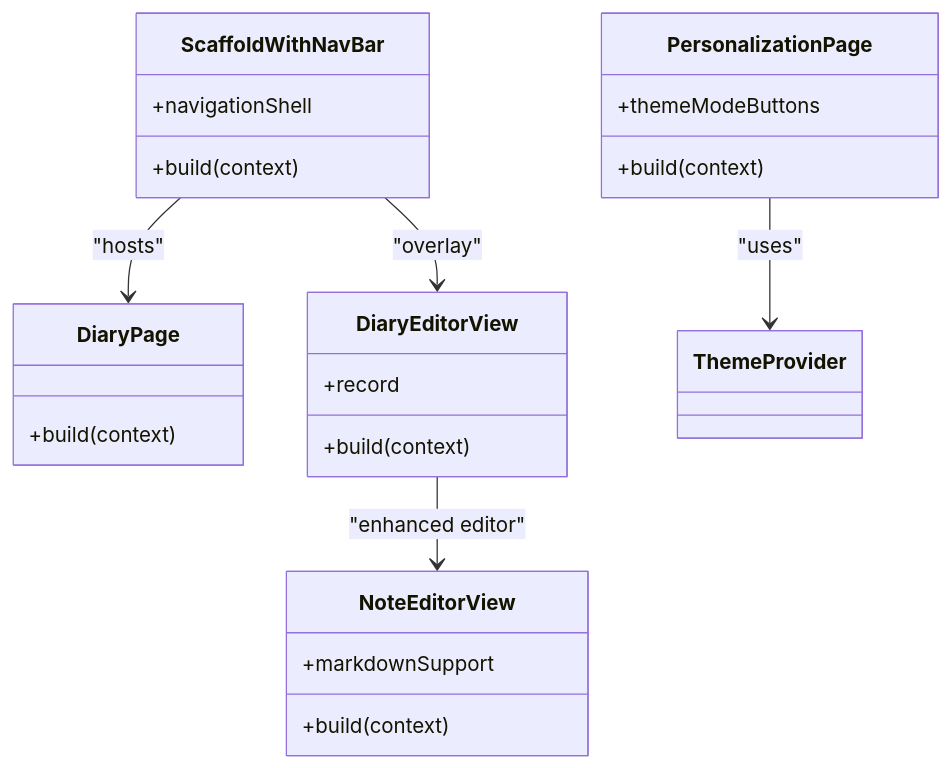
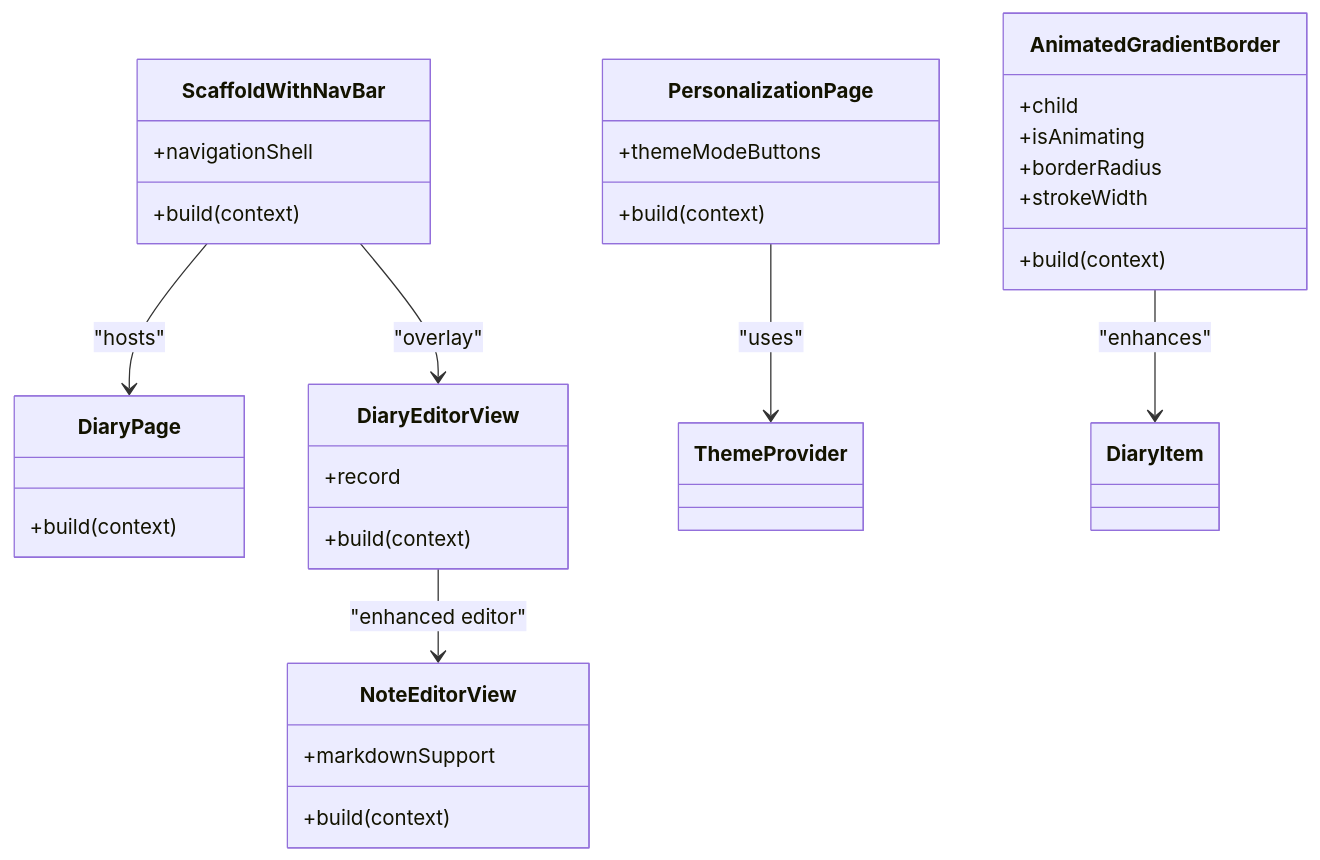
Before and after one commit to favoroo/QNote: the fourth of 12 diagrams in .qoder/repowiki/en/content/UI Components and Pages/UI Components and Pages.md, drawn with Mermaid. The commit also changed other lines of this file and 65 other files, not shown here.

First line of the commit message:
docs: 新增项目文档与配置文件，修复AI提取与热力图问题

````diff
--- a/.qoder/repowiki/en/content/UI Components and Pages/UI Components and Pages.md
+++ b/.qoder/repowiki/en/content/UI Components and Pages/UI Components and Pages.md
@@ -232,26 +255,34 @@
 ```mermaid
 classDiagram
 class ScaffoldWithNavBar {
 +navigationShell
 +build(context)
 }
 class DiaryPage {
 +build(context)
 }
 class DiaryEditorView {
 +record
 +build(context)
 }
 class NoteEditorView {
 +markdownSupport
 +build(context)
 }
 class PersonalizationPage {
 +themeModeButtons
 +build(context)
 }
+class AnimatedGradientBorder {
++child
++isAnimating
++borderRadius
++strokeWidth
++build(context)
+}
 ScaffoldWithNavBar --> DiaryPage : "hosts"
 ScaffoldWithNavBar --> DiaryEditorView : "overlay"
 DiaryEditorView --> NoteEditorView : "enhanced editor"
 PersonalizationPage --> ThemeProvider : "uses"
+AnimatedGradientBorder --> DiaryItem : "enhances"
 ```
````
